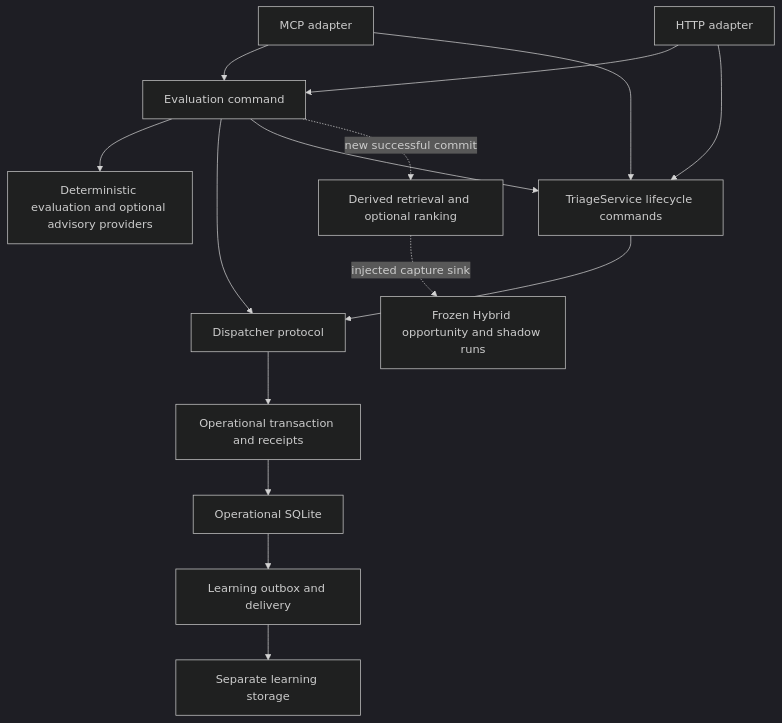
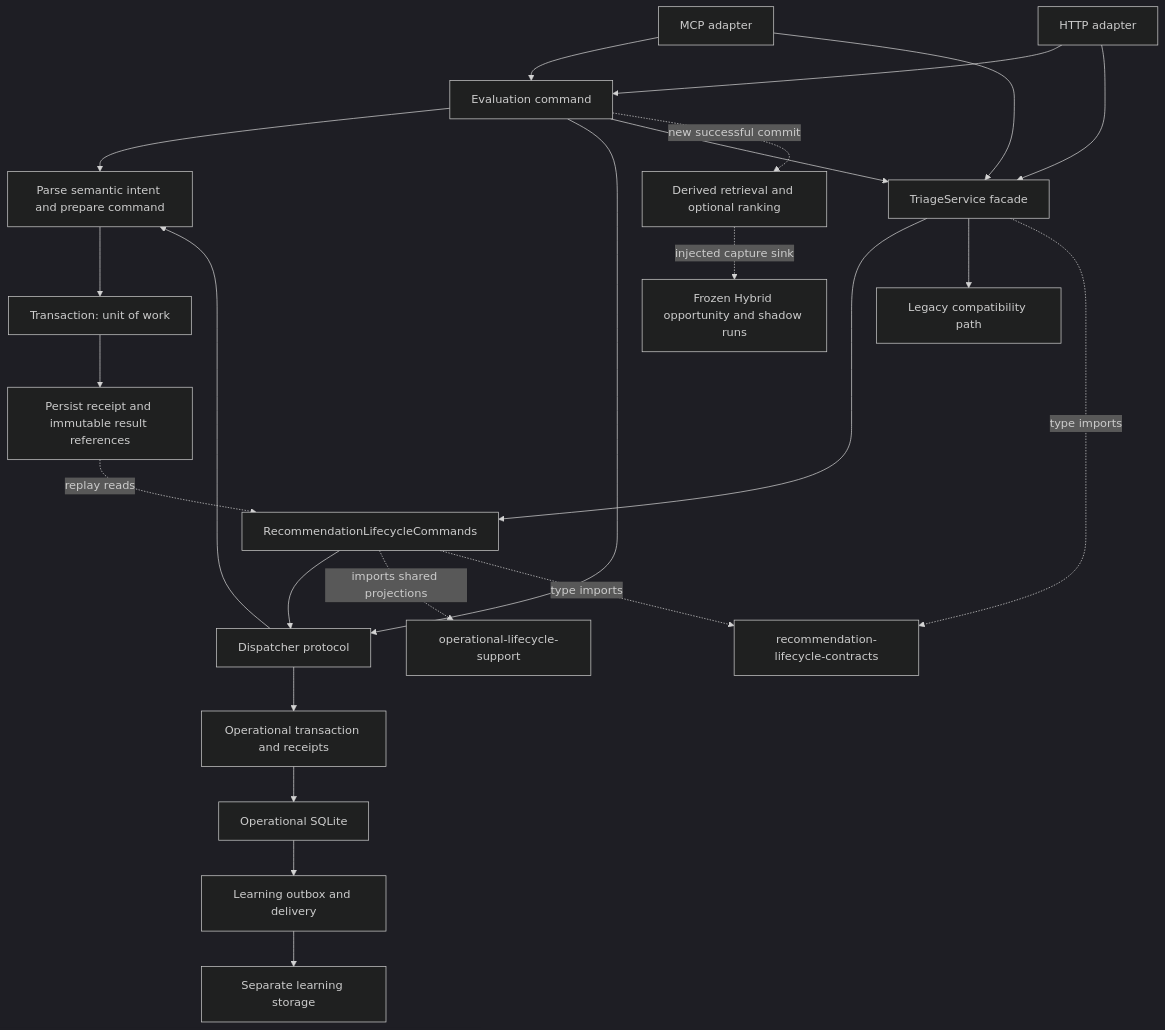
One commit to MatiasLaukka/Support-Ticket-Triage-MCP changed the diagram in docs/current-architecture.md. Above: the diagram before and after it, drawn with Mermaid (dark theme). The commit also changed other lines of this file and 11 other files, not shown here.

````diff
--- a/docs/current-architecture.md
+++ b/docs/current-architecture.md
@@ -68,17 +76,26 @@
 ```mermaid
 flowchart TD
   MCP["MCP adapter"] --> Eval["Evaluation command"]
   HTTP["HTTP adapter"] --> Eval
-  MCP --> Service["TriageService lifecycle commands"]
+  MCP --> Service["TriageService facade"]
   HTTP --> Service
   Eval --> Prepare["Deterministic evaluation and optional advisory providers"]
   Eval --> Dispatch["Dispatcher protocol"]
   Dispatch --> Unit["Operational transaction and receipts"]
   Eval --> Service
-  Service --> Dispatch
+  Service --> Family["RecommendationLifecycleCommands"]
+  Service --> Legacy["Legacy compatibility path"]
+  Family --> Dispatch
+  Family -. "imports shared projections" .-> Projections["operational-lifecycle-support"]
+  Family -. "type imports" .-> Contracts["recommendation-lifecycle-contracts"]
+  Service -. "type imports" .-> Contracts
+  Dispatch --> Prepare["Parse semantic intent and prepare command"]
+  Prepare --> Commit["Transaction: unit of work"]
+  Commit --> Receipt["Persist receipt and immutable result references"]
+  Receipt -. "replay reads" .-> Family
   Unit --> Op["Operational SQLite"]
   Op --> Outbox["Learning outbox and delivery"]
   Outbox --> Learning["Separate learning storage"]
   Eval -. "new successful commit" .-> Retrieval["Derived retrieval and optional ranking"]
   Retrieval -. "injected capture sink" .-> Shadow["Frozen Hybrid opportunity and shadow runs"]
 ```
````
